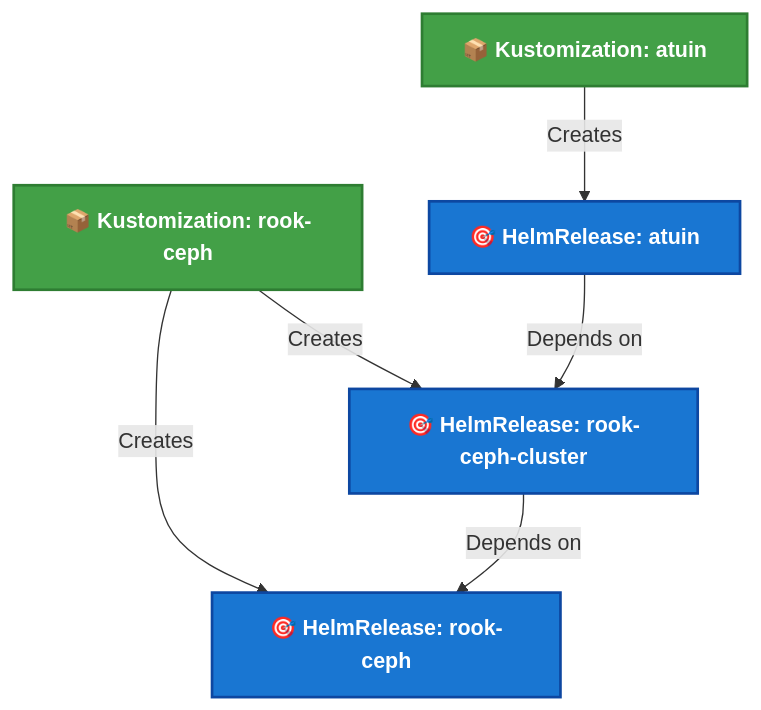
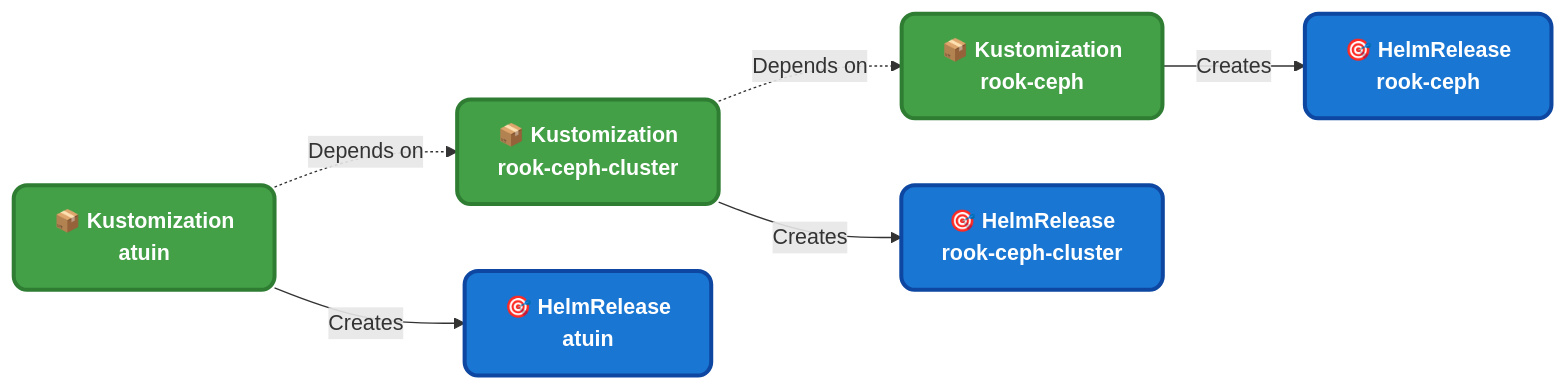
One commit to buroa/k8s-gitops changed the first of 2 diagrams in README.md. Above: the diagram before and after it, drawn with Mermaid. The commit also changed other lines of this file and 1 other file, not shown here.

````diff
--- a/README.md
+++ b/README.md
@@ -93,15 +95,18 @@
 ```mermaid
-graph TD
-    A["📦 Kustomization: rook-ceph"]:::kustom -->|Creates| B["🎯 HelmRelease: rook-ceph"]:::helm
-    A -->|Creates| C["🎯 HelmRelease: rook-ceph-cluster"]:::helm
-    C -->|Depends on| B
-    D["📦 Kustomization: atuin"]:::kustom -->|Creates| E["🎯 HelmRelease: atuin"]:::helm
-    E -->|Depends on| C
+graph LR
+    A["📦 Kustomization<br/>rook-ceph"]:::kustom
+    B["📦 Kustomization<br/>rook-ceph-cluster"]:::kustom
+    C["🎯 HelmRelease<br/>rook-ceph"]:::helm
+    D["🎯 HelmRelease<br/>rook-ceph-cluster"]:::helm
+    E["📦 Kustomization<br/>atuin"]:::kustom
+    F["🎯 HelmRelease<br/>atuin"]:::helm
 
-    classDef kustom fill:#4CAF50,stroke:#2E7D32,stroke-width:2px,color:#fff,font-weight:bold;
-    classDef helm fill:#2196F3,stroke:#0D47A1,stroke-width:2px,color:#fff,font-weight:bold;
+    A -->|Creates| C
+    B -->|Creates| D
+    B -.->|Depends on| A
+    E -->|Creates| F
+    E -.->|Depends on| B
 
-    %% Gradients (Mermaid doesn't support native gradients yet, so we mimic with softer colors)
-    classDef kustom fill:#43A047;
-    classDef helm fill:#1976D2;
+    classDef kustom fill:#43A047,stroke:#2E7D32,stroke-width:3px,color:#fff,font-weight:bold,rx:10,ry:10
+    classDef helm fill:#1976D2,stroke:#0D47A1,stroke-width:3px,color:#fff,font-weight:bold,rx:10,ry:10
 ```
````
